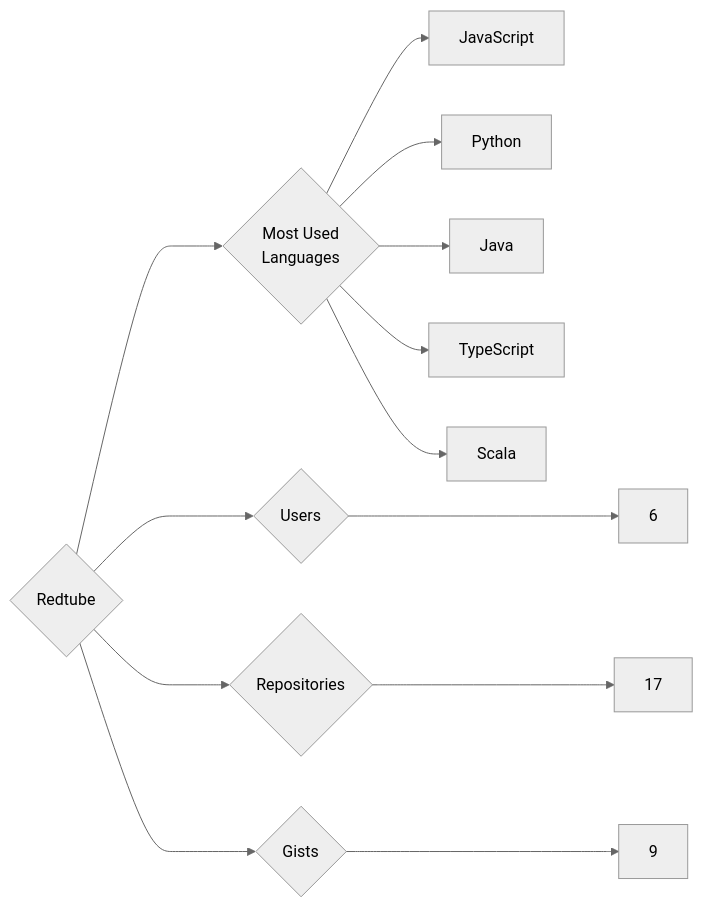
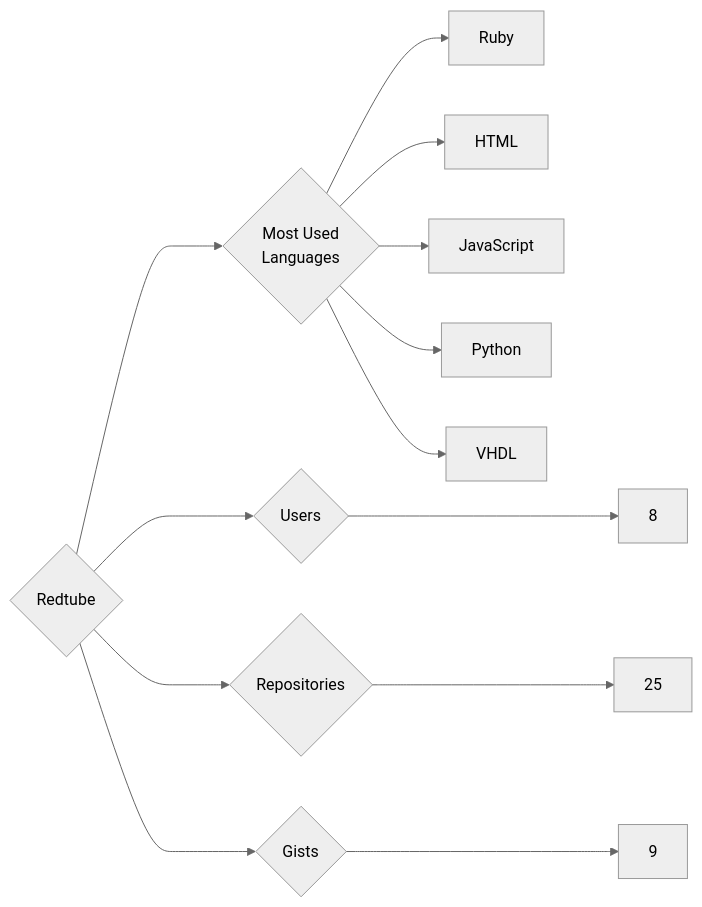
One commit to trickest/insiders changed the diagram in targets/Redtube/README.md. Above: the diagram before and after it, drawn with Mermaid (neutral theme). The commit also changed 995 other files, not shown here.

````diff
--- a/targets/Redtube/README.md
+++ b/targets/Redtube/README.md
@@ -3,13 +3,13 @@
 ```mermaid
 graph LR
 COMPANY_NAME{Redtube}
-COMPANY_NAME ---> U{Users} ---> UN[6]
-COMPANY_NAME ---> R{Repositories} ---> RN[17]
+COMPANY_NAME ---> U{Users} ---> UN[8]
+COMPANY_NAME ---> R{Repositories} ---> RN[25]
 COMPANY_NAME ---> G{Gists} ---> GN[9]
 COMPANY_NAME ---> ML{Most Used<br>Languages}
+ML --> Ruby[Ruby]
+ML --> HTML[HTML]
 ML --> JavaScript[JavaScript]
 ML --> Python[Python]
-ML --> Java[Java]
-ML --> TypeScript[TypeScript]
-ML --> Scala[Scala]
+ML --> VHDL[VHDL]
 ```
````
